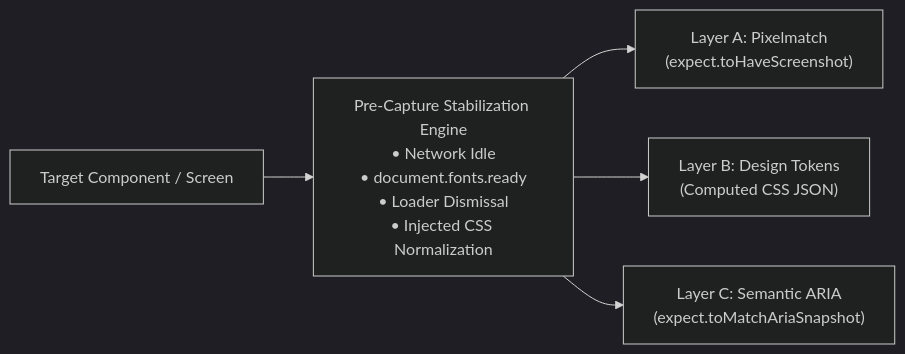
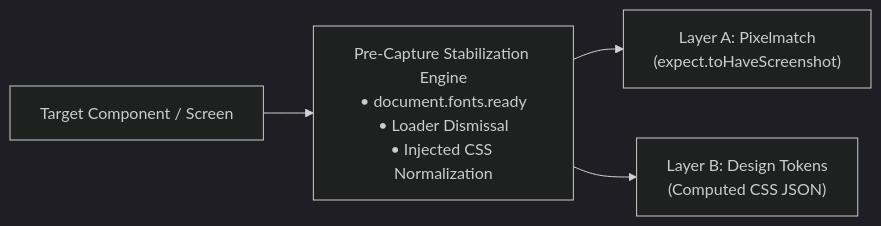
Before and after one commit to AliHassanTester/blueChew-automation: the diagram in docs/visual-testing-guide.md, drawn with Mermaid (dark theme). The commit also changed other lines of this file and 4 other files, not shown here.

````diff
--- a/docs/visual-testing-guide.md
+++ b/docs/visual-testing-guide.md
@@ -34,7 +33,6 @@
 ```mermaid
 flowchart LR
-    A["Target Component / Screen"] --> B["Pre-Capture Stabilization Engine<br/>• Network Idle<br/>• document.fonts.ready<br/>• Loader Dismissal<br/>• Injected CSS Normalization"]
+    A["Target Component / Screen"] --> B["Pre-Capture Stabilization Engine<br/>• document.fonts.ready<br/>• Loader Dismissal<br/>• Injected CSS Normalization"]
     B --> C["Layer A: Pixelmatch<br/>(expect.toHaveScreenshot)"]
     B --> D["Layer B: Design Tokens<br/>(Computed CSS JSON)"]
-    B --> E["Layer C: Semantic ARIA<br/>(expect.toMatchAriaSnapshot)"]
 ```
````
